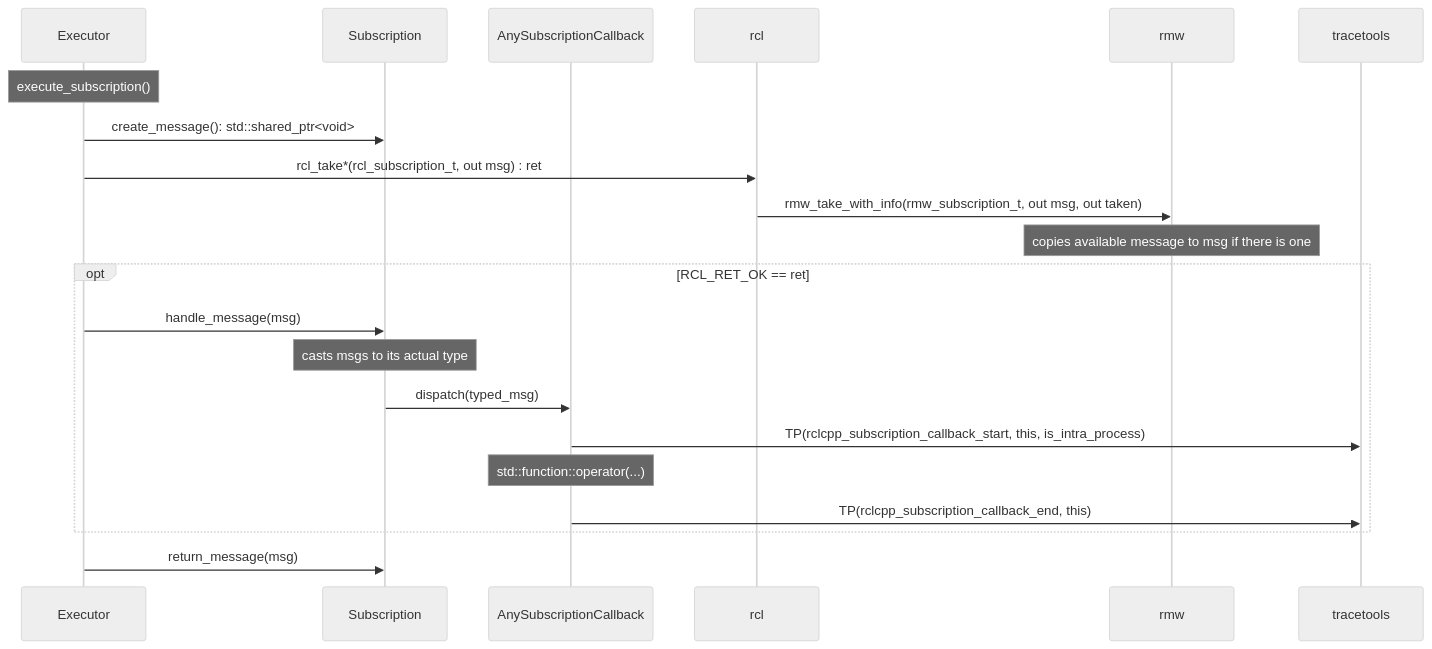
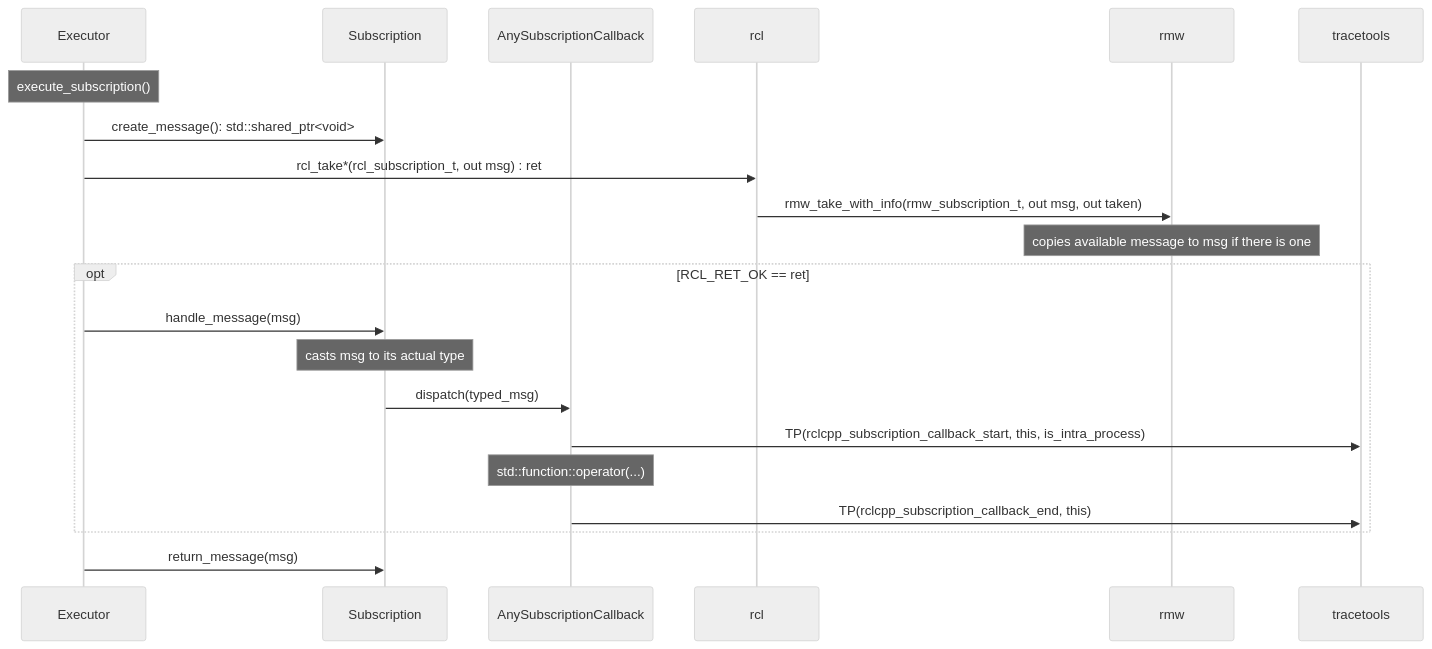
One commit to ros2/ros2_tracing changed the sixth of 7 diagrams in doc/ros_2.md. Above: the diagram before and after it, drawn with Mermaid (neutral theme).

````diff
--- a/doc/ros_2.md
+++ b/doc/ros_2.md
@@ -176,24 +176,24 @@
 ```mermaid
 sequenceDiagram
     participant Executor
     participant Subscription
     participant AnySubscriptionCallback
     participant rcl
     participant rmw
     participant tracetools
 
     Note over Executor: execute_subscription()
     Executor->>Subscription: create_message(): std::shared_ptr<void>
     Executor->>rcl: rcl_take*(rcl_subscription_t, out msg) : ret
     rcl->>rmw: rmw_take_with_info(rmw_subscription_t, out msg, out taken)
     Note over rmw: copies available message to msg if there is one
     opt RCL_RET_OK == ret
         Executor->>Subscription: handle_message(msg)
-        Note over Subscription: casts msgs to its actual type
+        Note over Subscription: casts msg to its actual type
         Subscription->>AnySubscriptionCallback: dispatch(typed_msg)
         AnySubscriptionCallback->>tracetools: TP(rclcpp_subscription_callback_start, this, is_intra_process)
         Note over AnySubscriptionCallback: std::function::operator(...)
         AnySubscriptionCallback->>tracetools: TP(rclcpp_subscription_callback_end, this)
     end
     Executor->>Subscription: return_message(msg)
 ```
````
